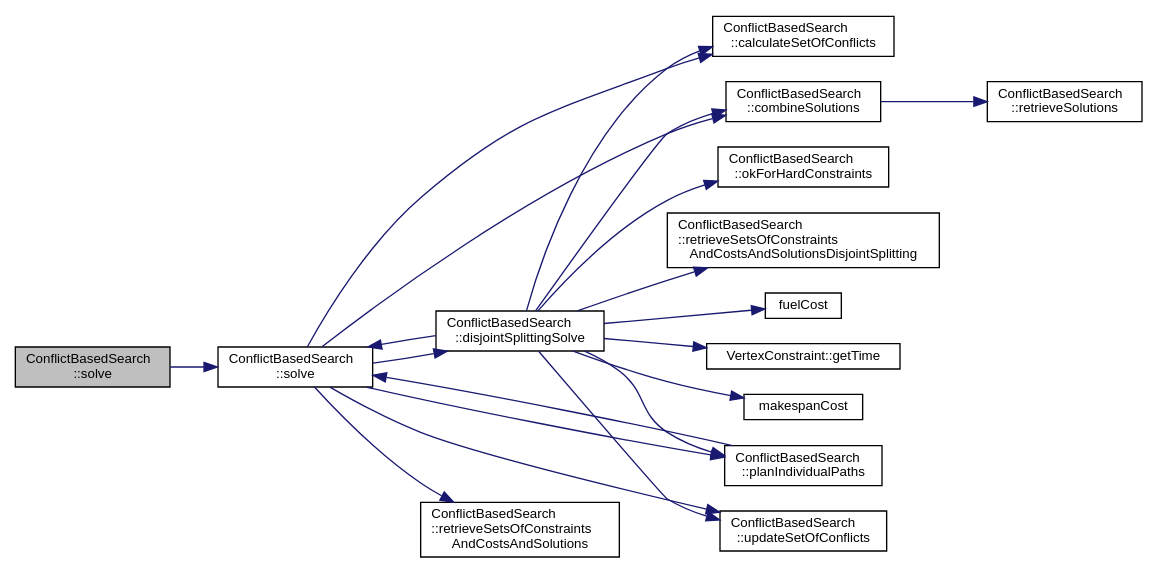
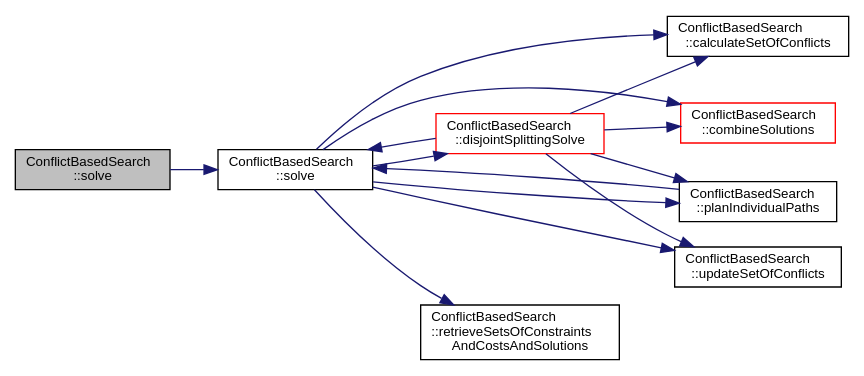
The diagram in classConflictBasedSearch_a4dac9eef3a5e99677a116bf1dd3e02b0_cgraph.dot (JMans15/TFE_MAPF), drawn with Graphviz before and after one commit. The commit also changed 448 other files, not shown here.

```diff
--- a/classConflictBasedSearch_a4dac9eef3a5e99677a116bf1dd3e02b0_cgraph.dot
+++ b/classConflictBasedSearch_a4dac9eef3a5e99677a116bf1dd3e02b0_cgraph.dot
@@ -1,41 +1,29 @@
 digraph "ConflictBasedSearch::solve"
 {
  // INTERACTIVE_SVG=YES
  // LATEX_PDF_SIZE
   edge [fontname="Helvetica",fontsize="10",labelfontname="Helvetica",labelfontsize="10"];
   node [fontname="Helvetica",fontsize="10",shape=record];
   rankdir="LR";
   Node1 [label="ConflictBasedSearch\l::solve",height=0.2,width=0.4,color="black", fillcolor="grey75", style="filled", fontcolor="black",tooltip=" "];
   Node1 -> Node2 [color="midnightblue",fontsize="10",style="solid",fontname="Helvetica"];
   Node2 [label="ConflictBasedSearch\l::solve",height=0.2,width=0.4,color="black", fillcolor="white", style="filled",URL="$classConflictBasedSearch.html#a6aadc55f462faad9ce67903a59b96c62",tooltip=" "];
   Node2 -> Node3 [color="midnightblue",fontsize="10",style="solid",fontname="Helvetica"];
   Node3 [label="ConflictBasedSearch\l::calculateSetOfConflicts",height=0.2,width=0.4,color="black", fillcolor="white", style="filled",URL="$classConflictBasedSearch.html#a6070f03e97d9e3ea822f5ed1a0bfe9a1",tooltip=" "];
   Node2 -> Node4 [color="midnightblue",fontsize="10",style="solid",fontname="Helvetica"];
-  Node4 [label="ConflictBasedSearch\l::combineSolutions",height=0.2,width=0.4,color="black", fillcolor="white", style="filled",URL="$classConflictBasedSearch.html#a6d17a328ed4bd26bf58503a87761164c",tooltip=" "];
-  Node4 -> Node5 [color="midnightblue",fontsize="10",style="solid",fontname="Helvetica"];
-  Node5 [label="ConflictBasedSearch\l::retrieveSolutions",height=0.2,width=0.4,color="black", fillcolor="white", style="filled",URL="$classConflictBasedSearch.html#a3a9f295491df3b7ceec1b1d2ce7bacf3",tooltip=" "];
+  Node4 [label="ConflictBasedSearch\l::combineSolutions",height=0.2,width=0.4,color="red", fillcolor="white", style="filled",URL="$classConflictBasedSearch.html#a6d17a328ed4bd26bf58503a87761164c",tooltip=" "];
   Node2 -> Node6 [color="midnightblue",fontsize="10",style="solid",fontname="Helvetica"];
-  Node6 [label="ConflictBasedSearch\l::disjointSplittingSolve",height=0.2,width=0.4,color="black", fillcolor="white", style="filled",URL="$classConflictBasedSearch.html#a1e9a1fbd7e074039fee97bc5ad4c6b55",tooltip=" "];
+  Node6 [label="ConflictBasedSearch\l::disjointSplittingSolve",height=0.2,width=0.4,color="red", fillcolor="white", style="filled",URL="$classConflictBasedSearch.html#a1e9a1fbd7e074039fee97bc5ad4c6b55",tooltip=" "];
   Node6 -> Node3 [color="midnightblue",fontsize="10",style="solid",fontname="Helvetica"];
   Node6 -> Node4 [color="midnightblue",fontsize="10",style="solid",fontname="Helvetica"];
-  Node6 -> Node7 [color="midnightblue",fontsize="10",style="solid",fontname="Helvetica"];
-  Node7 [label="fuelCost",height=0.2,width=0.4,color="black", fillcolor="white", style="filled",URL="$Solution_8cpp.html#a1668e5fa72e047531e95f29f5deaf233",tooltip=" "];
-  Node6 -> Node8 [color="midnightblue",fontsize="10",style="solid",fontname="Helvetica"];
-  Node8 [label="VertexConstraint::getTime",height=0.2,width=0.4,color="black", fillcolor="white", style="filled",URL="$classVertexConstraint.html#ae4a5ede3e21dcbc4dec0060a90682c15",tooltip=" "];
-  Node6 -> Node9 [color="midnightblue",fontsize="10",style="solid",fontname="Helvetica"];
-  Node9 [label="makespanCost",height=0.2,width=0.4,color="black", fillcolor="white", style="filled",URL="$Solution_8cpp.html#a88b7fad200133f09ed5879a14d0171c6",tooltip=" "];
-  Node6 -> Node10 [color="midnightblue",fontsize="10",style="solid",fontname="Helvetica"];
-  Node10 [label="ConflictBasedSearch\l::okForHardConstraints",height=0.2,width=0.4,color="black", fillcolor="white", style="filled",URL="$classConflictBasedSearch.html#a9a97b362b4e2df901352732921975454",tooltip=" "];
   Node6 -> Node11 [color="midnightblue",fontsize="10",style="solid",fontname="Helvetica"];
   Node11 [label="ConflictBasedSearch\l::planIndividualPaths",height=0.2,width=0.4,color="black", fillcolor="white", style="filled",URL="$classConflictBasedSearch.html#a2d4ce8cb5d44727d73f4489b39ad1d54",tooltip=" "];
   Node11 -> Node2 [color="midnightblue",fontsize="10",style="solid",fontname="Helvetica"];
-  Node6 -> Node12 [color="midnightblue",fontsize="10",style="solid",fontname="Helvetica"];
-  Node12 [label="ConflictBasedSearch\l::retrieveSetsOfConstraints\lAndCostsAndSolutionsDisjointSplitting",height=0.2,width=0.4,color="black", fillcolor="white", style="filled",URL="$classConflictBasedSearch.html#aeea91c6d2aa04bbd44b4f6a1382d81d4",tooltip=" "];
   Node6 -> Node2 [color="midnightblue",fontsize="10",style="solid",fontname="Helvetica"];
   Node6 -> Node13 [color="midnightblue",fontsize="10",style="solid",fontname="Helvetica"];
   Node13 [label="ConflictBasedSearch\l::updateSetOfConflicts",height=0.2,width=0.4,color="black", fillcolor="white", style="filled",URL="$classConflictBasedSearch.html#a727a9172ea3f3fbf4eca9f247d3f5356",tooltip=" "];
   Node2 -> Node11 [color="midnightblue",fontsize="10",style="solid",fontname="Helvetica"];
   Node2 -> Node14 [color="midnightblue",fontsize="10",style="solid",fontname="Helvetica"];
   Node14 [label="ConflictBasedSearch\l::retrieveSetsOfConstraints\lAndCostsAndSolutions",height=0.2,width=0.4,color="black", fillcolor="white", style="filled",URL="$classConflictBasedSearch.html#adfcf0b5e67e17a8eada77fed4ed4ea20",tooltip=" "];
   Node2 -> Node13 [color="midnightblue",fontsize="10",style="solid",fontname="Helvetica"];
 }
```
